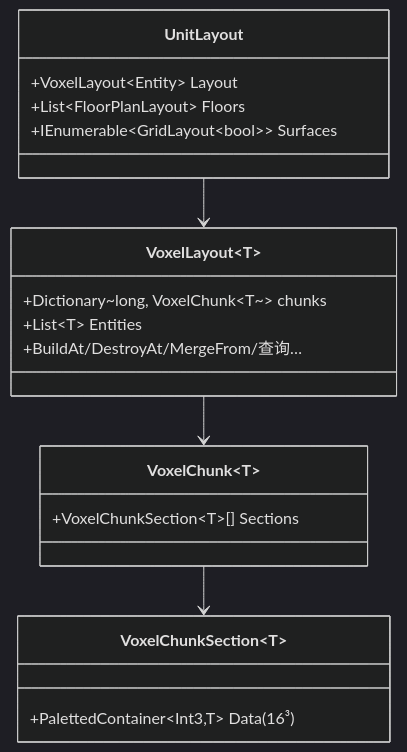
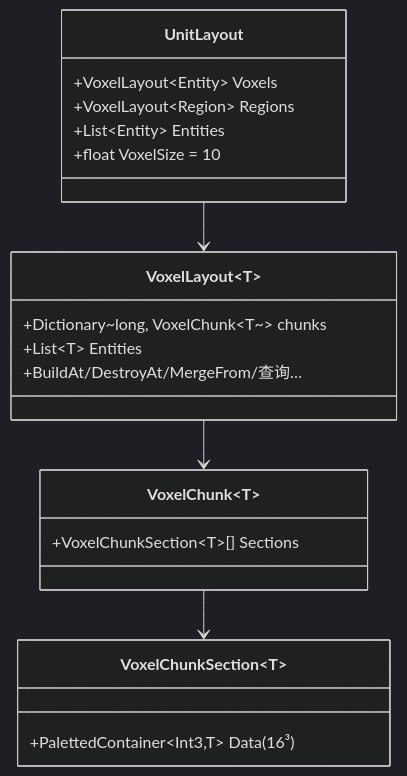
Before and after one commit to momoka-ai/momoka: the second of 4 diagrams in Documentation/DESIGN_HOME.md, drawn with Mermaid (dark theme). The commit also changed other lines of this file and 12 other files, not shown here.

````diff
--- a/Documentation/DESIGN_HOME.md
+++ b/Documentation/DESIGN_HOME.md
@@ -137,22 +139,23 @@
 ```mermaid
 classDiagram
     class UnitLayout {
-        +VoxelLayout~Entity~ Layout
-        +List~FloorPlanLayout~ Floors
-        +IEnumerable~GridLayout~bool~~ Surfaces
+        +VoxelLayout~Entity~ Voxels
+        +VoxelLayout~Region~ Regions
+        +List~Entity~ Entities
+        +float VoxelSize = 10
     }
     class VoxelLayout~T~ {
         +Dictionary~long, VoxelChunk~T~~ chunks
         +List~T~ Entities
         +BuildAt/DestroyAt/MergeFrom/查询…
     }
     class VoxelChunk~T~ {
         +VoxelChunkSection~T~[] Sections
     }
     class VoxelChunkSection~T~ {
         +PalettedContainer~Int3,T~ Data (16³)
     }
     UnitLayout --> VoxelLayout
     VoxelLayout --> VoxelChunk
     VoxelChunk --> VoxelChunkSection
 ```
````
